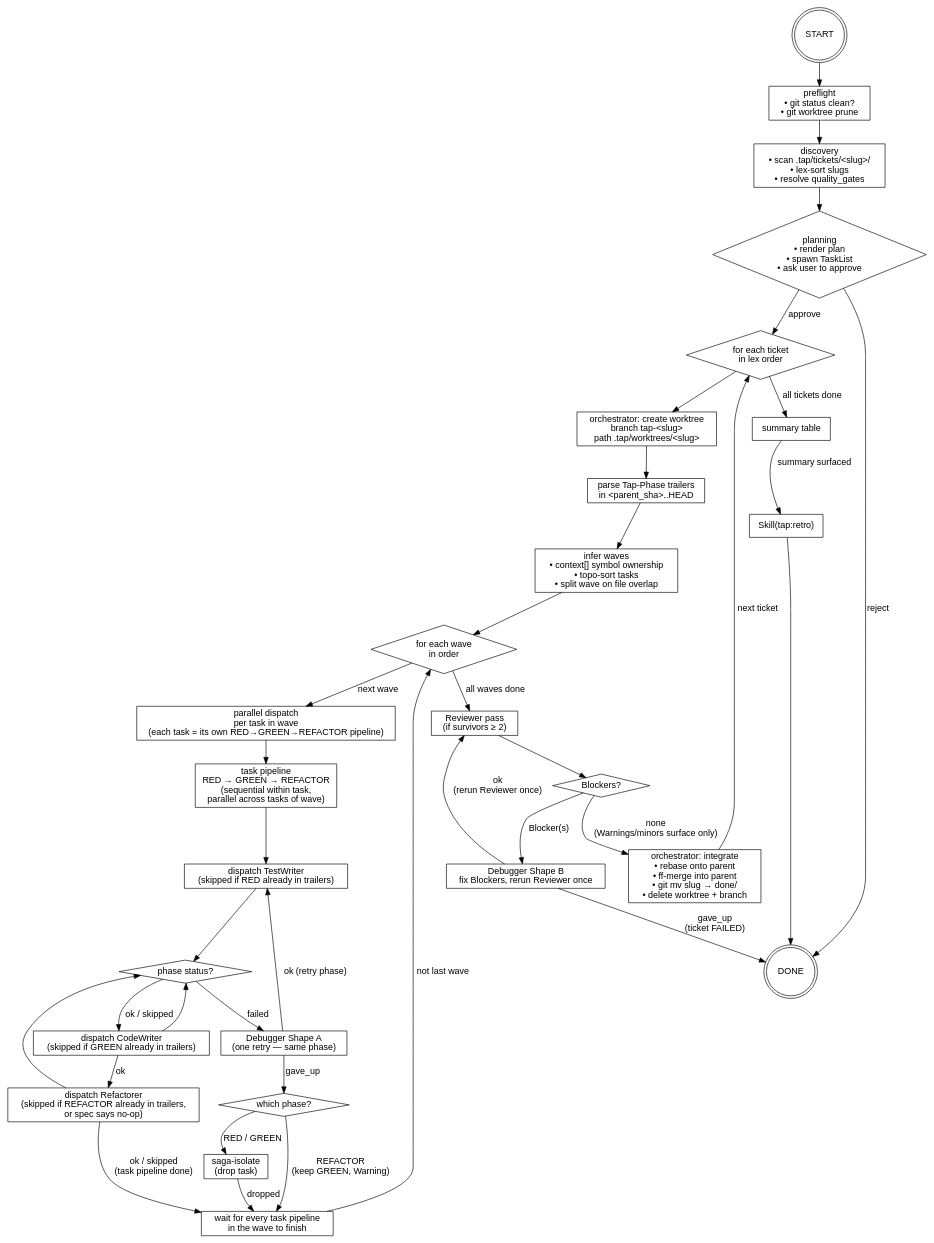
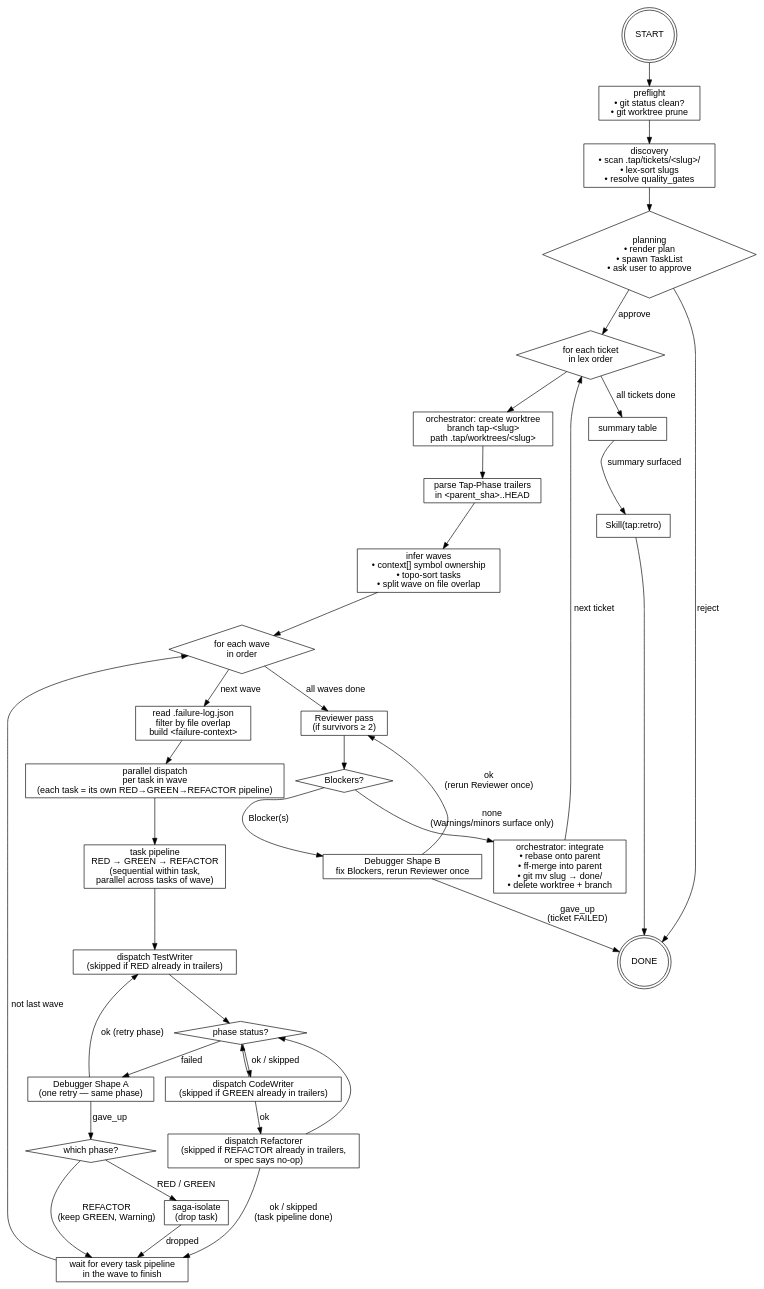
The diagram in skills/run/RUN_FLOW.md (bjspdn/tap-skills), drawn with Graphviz before and after one commit. The commit also changed other lines of this file and 7 other files, not shown here.

````diff
--- a/skills/run/RUN_FLOW.md
+++ b/skills/run/RUN_FLOW.md
@@ -7,70 +7,72 @@
 ```dot
 digraph tap_run {
   rankdir=TB;
   node  [shape=box, fontname="Helvetica"];
   edge  [fontname="Helvetica"];
 
   start      [label="START", shape=doublecircle];
   preflight  [label="preflight\n• git status clean?\n• git worktree prune"];
   discovery  [label="discovery\n• scan .tap/tickets/<slug>/\n• lex-sort slugs\n• resolve quality_gates"];
   planning   [label="planning\n• render plan\n• spawn TaskList\n• ask user to approve", shape=diamond];
 
   ticket_in  [label="for each ticket\nin lex order", shape=diamond];
   wt_create  [label="orchestrator: create worktree\nbranch tap-<slug>\npath .tap/worktrees/<slug>"];
   resume     [label="parse Tap-Phase trailers\nin <parent_sha>..HEAD"];
   waves      [label="infer waves\n• context[] symbol ownership\n• topo-sort tasks\n• split wave on file overlap"];
 
   wave_in    [label="for each wave\nin order", shape=diamond];
+  fail_ctx   [label="read .failure-log.json\nfilter by file overlap\nbuild <failure-context>"];
   fanout     [label="parallel dispatch\nper task in wave\n(each task = its own RED→GREEN→REFACTOR pipeline)"];
   task_pipe  [label="task pipeline\nRED → GREEN → REFACTOR\n(sequential within task,\nparallel across tasks of wave)"];
 
   red        [label="dispatch TestWriter\n(skipped if RED already in trailers)"];
   green      [label="dispatch CodeWriter\n(skipped if GREEN already in trailers)"];
   refactor   [label="dispatch Refactorer\n(skipped if REFACTOR already in trailers,\n or spec says no-op)"];
   phase_ok   [label="phase status?", shape=diamond];
   debug_a    [label="Debugger Shape A\n(one retry — same phase)"];
   phase_q    [label="which phase?", shape=diamond];
   saga_drop  [label="saga-isolate\n(drop task)"];
   wave_join  [label="wait for every task pipeline\nin the wave to finish"];
 
   review     [label="Reviewer pass\n(if survivors ≥ 2)"];
   blockers   [label="Blockers?", shape=diamond];
   debug_b    [label="Debugger Shape B\nfix Blockers, rerun Reviewer once"];
 
   merge      [label="orchestrator: integrate\n• rebase onto parent\n• ff-merge into parent\n• git mv slug → done/\n• delete worktree + branch"];
 
   summary    [label="summary table"];
   retro      [label="Skill(tap:retro)"];
   finish     [label="DONE", shape=doublecircle];
 
   start     -> preflight -> discovery -> planning;
   planning  -> finish     [label="reject"];
   planning  -> ticket_in  [label="approve"];
   ticket_in -> wt_create  -> resume -> waves -> wave_in;
-  wave_in   -> fanout     [label="next wave"];
+  wave_in   -> fail_ctx   [label="next wave"];
+  fail_ctx  -> fanout;
   fanout    -> task_pipe;
   task_pipe -> red        -> phase_ok;
   phase_ok  -> green      [label="ok / skipped"];
   phase_ok  -> debug_a    [label="failed"];
   green     -> phase_ok;
   refactor  -> phase_ok;
   green     -> refactor   [label="ok"];
   refactor  -> wave_join  [label="ok / skipped\n(task pipeline done)"];
   debug_a   -> red        [label="ok (retry phase)"];
   debug_a   -> phase_q    [label="gave_up"];
   phase_q   -> saga_drop  [label="RED / GREEN"];
   phase_q   -> wave_join  [label="REFACTOR\n(keep GREEN, Warning)"];
   saga_drop -> wave_join  [label="dropped"];
   wave_join -> wave_in    [label="not last wave"];
   wave_in   -> review     [label="all waves done"];
   review    -> blockers;
   blockers  -> merge      [label="none\n(Warnings/minors surface only)"];
   blockers  -> debug_b    [label="Blocker(s)"];
   debug_b   -> review     [label="ok\n(rerun Reviewer once)"];
   debug_b   -> finish     [label="gave_up\n(ticket FAILED)"];
   merge     -> ticket_in  [label="next ticket"];
   ticket_in -> summary    [label="all tickets done"];
   summary   -> retro      [label="summary surfaced"];
   retro     -> finish;
 }
 ```
````
